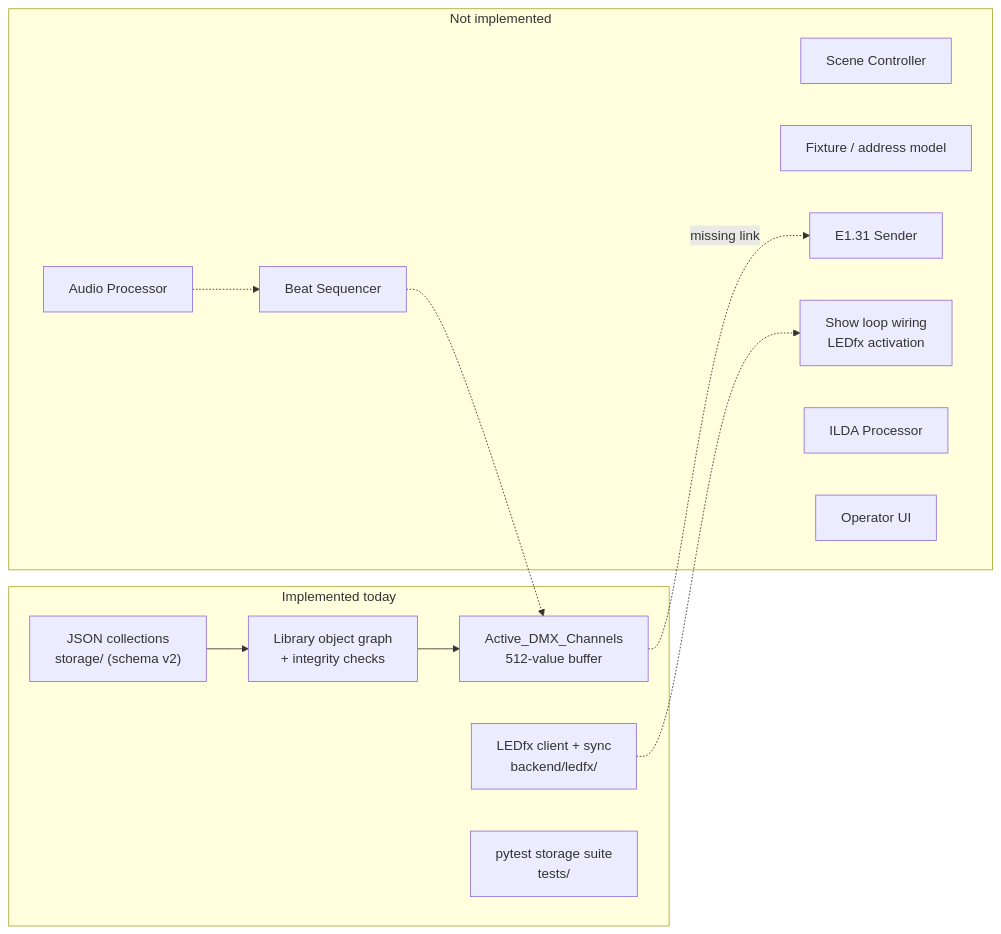
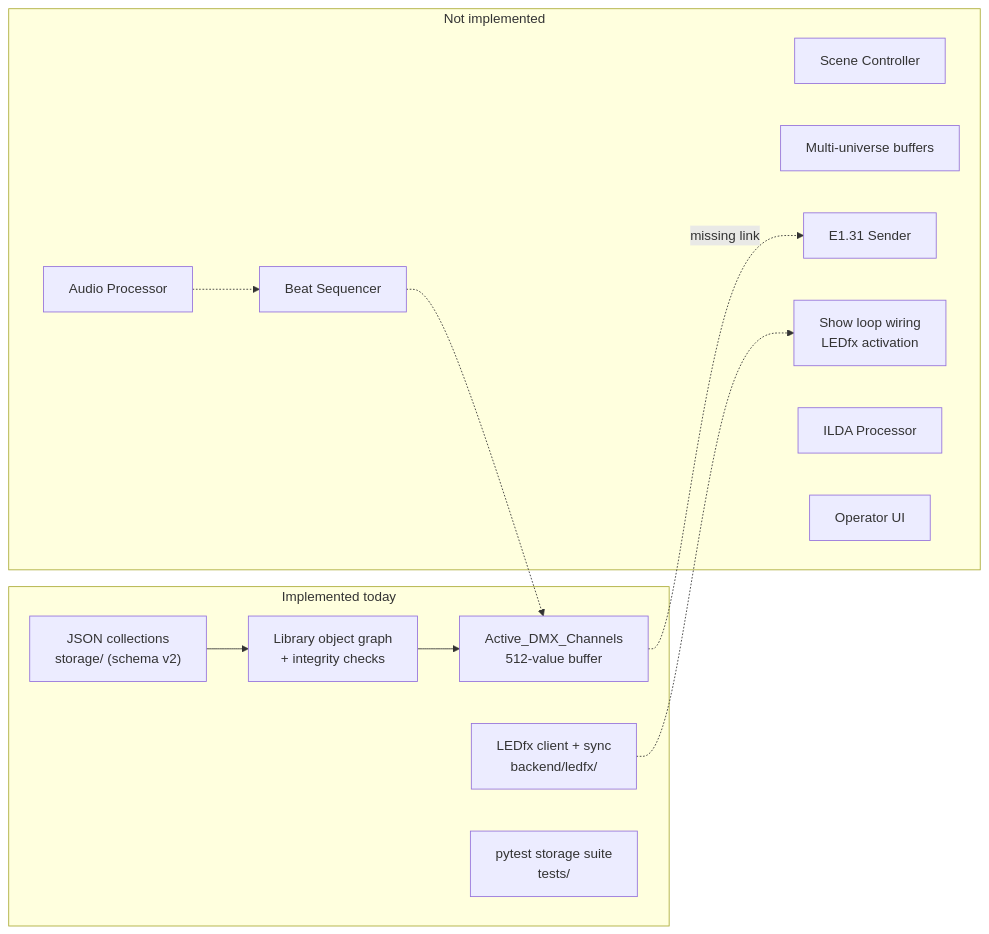
Before and after one commit to glane339/lightsappnew: the diagram in docs/project_overview.md, drawn with Mermaid. The commit also changed other lines of this file and 24 other files, not shown here.

````diff
--- a/docs/project_overview.md
+++ b/docs/project_overview.md
@@ -175,24 +178,24 @@
 ```mermaid
 flowchart LR
     subgraph now["Implemented today"]
         S1["JSON collections<br/>storage/ (schema v2)"]
         S2["Library object graph<br/>+ integrity checks"]
         S3["Active_DMX_Channels<br/>512-value buffer"]
         S4["LEDfx client + sync<br/>backend/ledfx/"]
         S5["pytest storage suite<br/>tests/"]
         S1 --> S2 --> S3
     end
     subgraph gap["Not implemented"]
         G1["Scene Controller"]
         G2["Audio Processor"]
         G3["Beat Sequencer"]
-        G4["Fixture / address model"]
+        G4["Multi-universe buffers"]
         G5["E1.31 Sender"]
         G6["Show loop wiring<br/>LEDfx activation"]
         G7["ILDA Processor"]
         G8["Operator UI"]
     end
     S3 -.->|"missing link"| G5
     S4 -.-> G6
     G2 -.-> G3 -.-> S3
 ```
````
